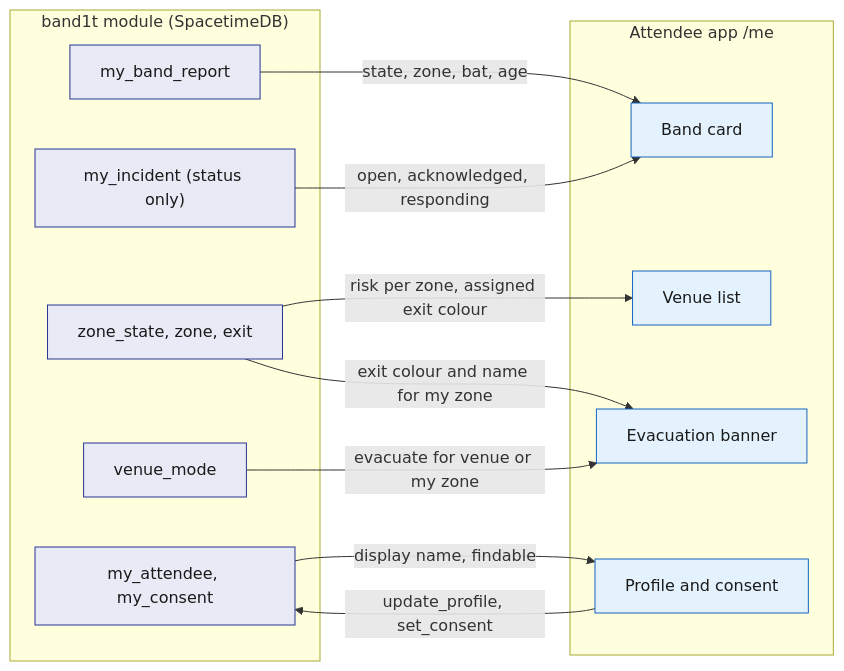
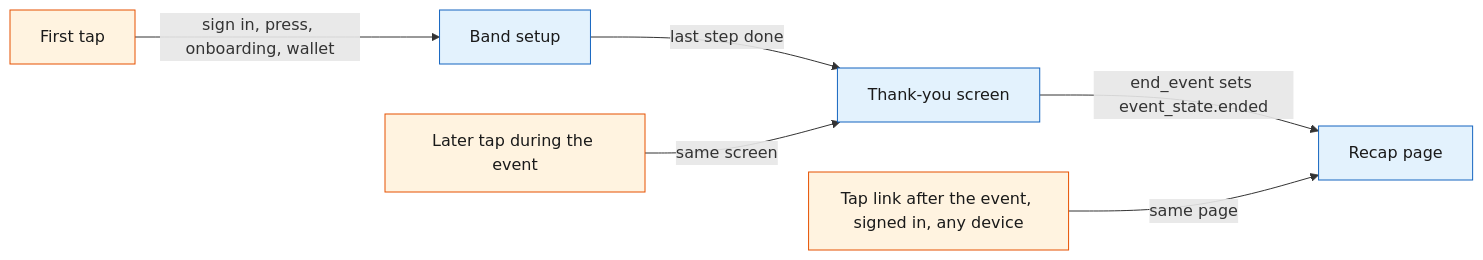
Before and after one commit to viktorinkov/cal-hacks-13: the third of 4 diagrams in System Design/5-apps/Attendee-App.md, drawn with Mermaid. The commit also changed other lines of this file and 19 other files, not shown here.

Commit message:
Attendee page is band setup, wallet step, then thank-you

````diff
--- a/System Design/5-apps/Attendee-App.md
+++ b/System Design/5-apps/Attendee-App.md
@@ -197,27 +178,12 @@
 ```mermaid
 flowchart LR
-    subgraph M["band1t module (SpacetimeDB)"]
-        BR["my_band_report"]
-        ZS["zone_state, zone, exit"]
-        VM["venue_mode"]
-        INC["my_incident (status only)"]
-        CONS["my_attendee, my_consent"]
-    end
-    subgraph A["Attendee app /me"]
-        Card["Band card"]
-        Venue["Venue list"]
-        Alert["Evacuation banner"]
-        Prof["Profile and consent"]
-    end
-    BR -->|"state, zone, bat, age"| Card
-    INC -->|"open, acknowledged, responding"| Card
-    ZS -->|"risk per zone, assigned exit colour"| Venue
-    ZS -->|"exit colour and name for my zone"| Alert
-    VM -->|"evacuate for venue or my zone"| Alert
-    CONS -->|"display name, findable"| Prof
-    Prof -->|"update_profile, set_consent"| CONS
-    classDef stdb fill:#E8EAF6,stroke:#283593,color:#1A1A1A
+    First["First tap"] -->|"sign in, press, onboarding, wallet"| Setup["Band setup"]
+    Setup -->|"last step done"| Thanks["Thank-you screen"]
+    Later["Later tap during the event"] -->|"same screen"| Thanks
+    Thanks -->|"end_event sets event_state.ended"| Recap["Recap page"]
+    After["Tap link after the event, signed in, any device"] -->|"same page"| Recap
     classDef web fill:#E3F2FD,stroke:#1565C0,color:#1A1A1A
-    class BR,ZS,VM,INC,CONS stdb
-    class Card,Venue,Alert,Prof web
+    classDef device fill:#FFF3E0,stroke:#E65100,color:#1A1A1A
+    class Setup,Thanks,Recap web
+    class First,Later,After device
 ```
````
